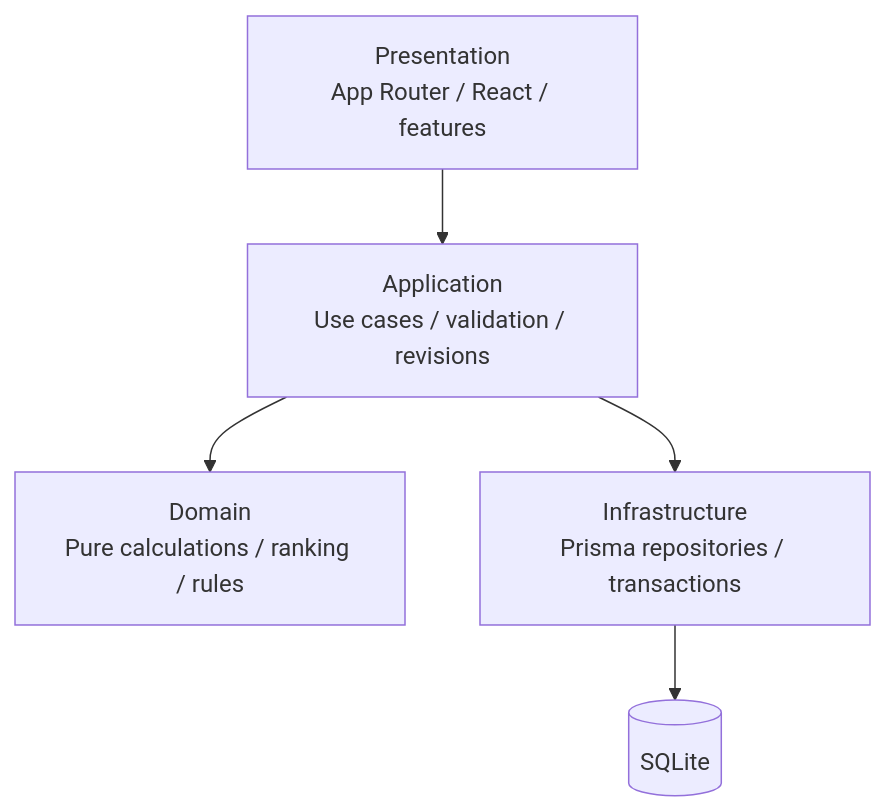
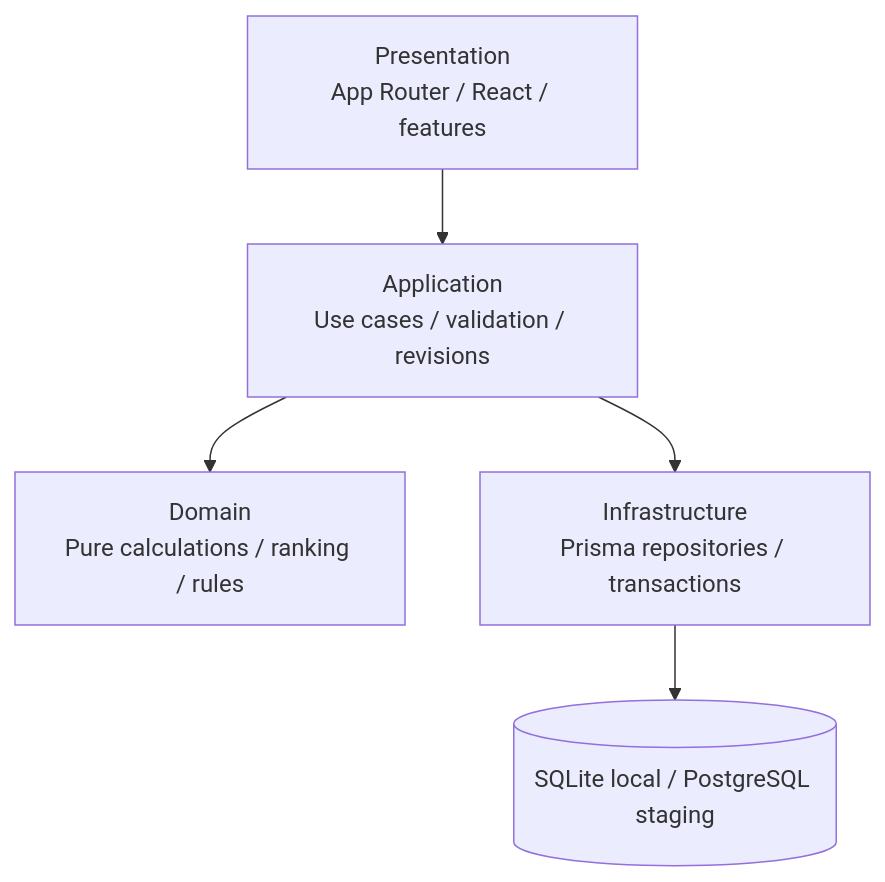
One commit to wenjianghai123-eth/Zhuzhao-AI-Bidding-Assistant changed the diagram in docs/architecture.md. Above: the diagram before and after it, drawn with Mermaid. The commit also changed other lines of this file and 128 other files, not shown here.

````diff
--- a/docs/architecture.md
+++ b/docs/architecture.md
@@ -25,13 +25,13 @@
 ```mermaid
 flowchart TD
     UI["Presentation\nApp Router / React / features"]
     APP["Application\nUse cases / validation / revisions"]
     DOMAIN["Domain\nPure calculations / ranking / rules"]
     REPO["Infrastructure\nPrisma repositories / transactions"]
-    DB[(SQLite)]
+    DB[(SQLite local / PostgreSQL staging)]
 
     UI --> APP
     APP --> DOMAIN
     APP --> REPO
     REPO --> DB
 ```
````
